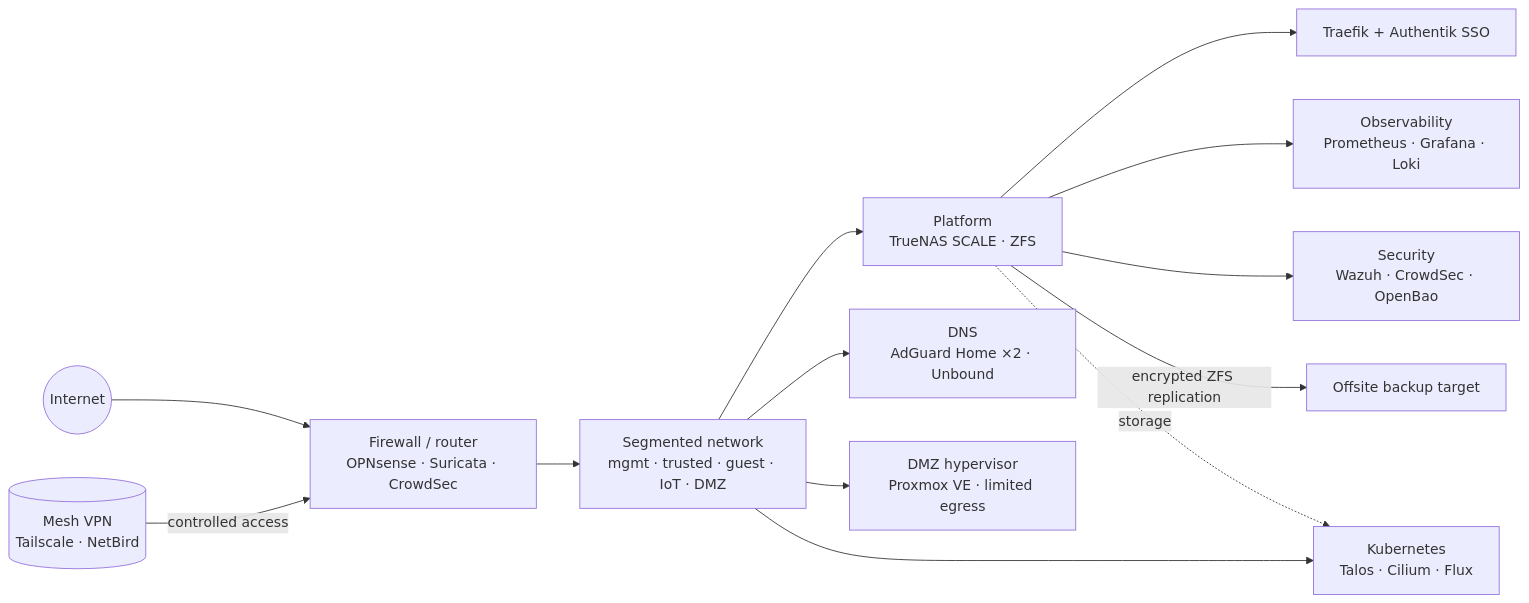
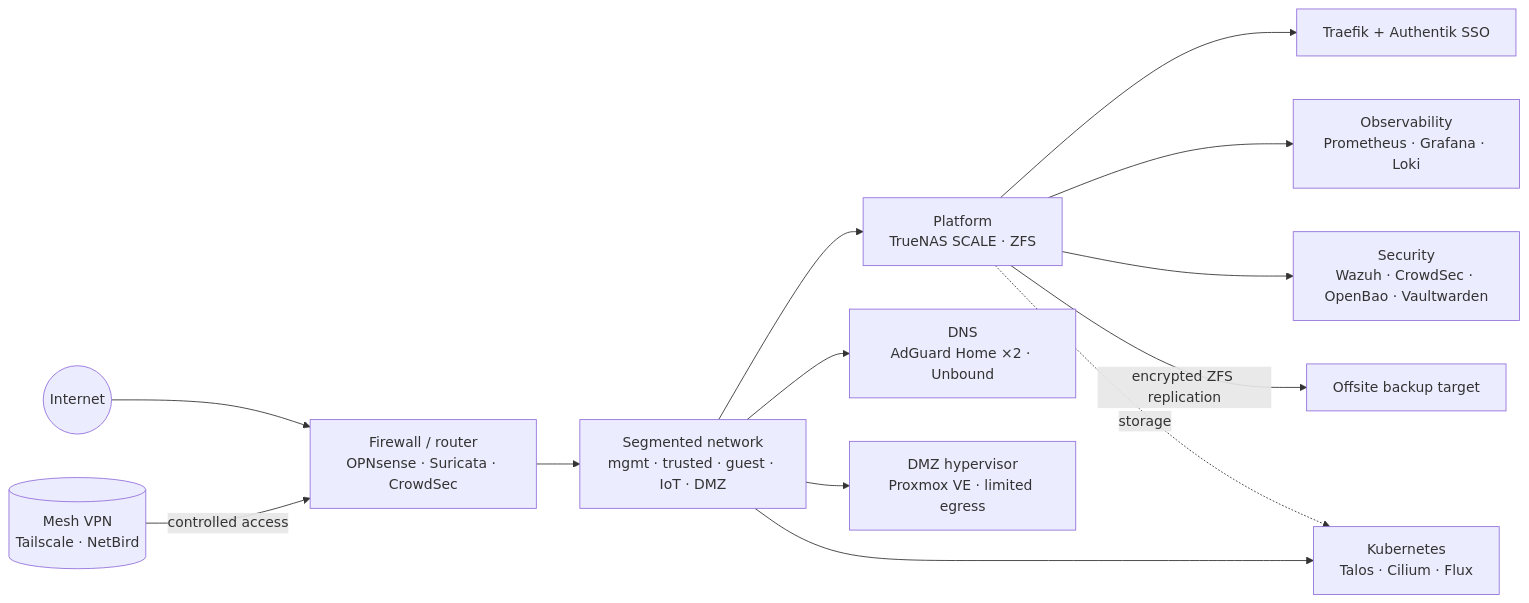
The diagram in README.md (mselin/mselin), drawn with Mermaid before and after one commit.

Commit message:
Add Vaultwarden to the security node in the diagram
Claude-Session: https://claude.ai/code/session_013DgN9N6MedXYU6Hmksz994

````diff
--- a/README.md
+++ b/README.md
@@ -37,18 +37,18 @@
 ```mermaid
 flowchart LR
   inet((Internet)) --> fw[Firewall / router<br/>OPNsense · Suricata · CrowdSec]
   vpn[(Mesh VPN<br/>Tailscale · NetBird)] -- controlled access --> fw
 
   fw --> sw[Segmented network<br/>mgmt · trusted · guest · IoT · DMZ]
 
   sw --> nas[Platform<br/>TrueNAS SCALE · ZFS]
   sw --> dns[DNS<br/>AdGuard Home ×2 · Unbound]
   sw --> dmz[DMZ hypervisor<br/>Proxmox VE · limited egress]
   sw --> k8s[Kubernetes<br/>Talos · Cilium · Flux]
 
   nas --> ingress[Traefik + Authentik SSO]
   nas --> obs[Observability<br/>Prometheus · Grafana · Loki]
-  nas --> sec[Security<br/>Wazuh · CrowdSec · OpenBao]
+  nas --> sec[Security<br/>Wazuh · CrowdSec · OpenBao · Vaultwarden]
   nas -- encrypted ZFS replication --> bak[Offsite backup target]
   nas -. storage .-> k8s
 ```
````
